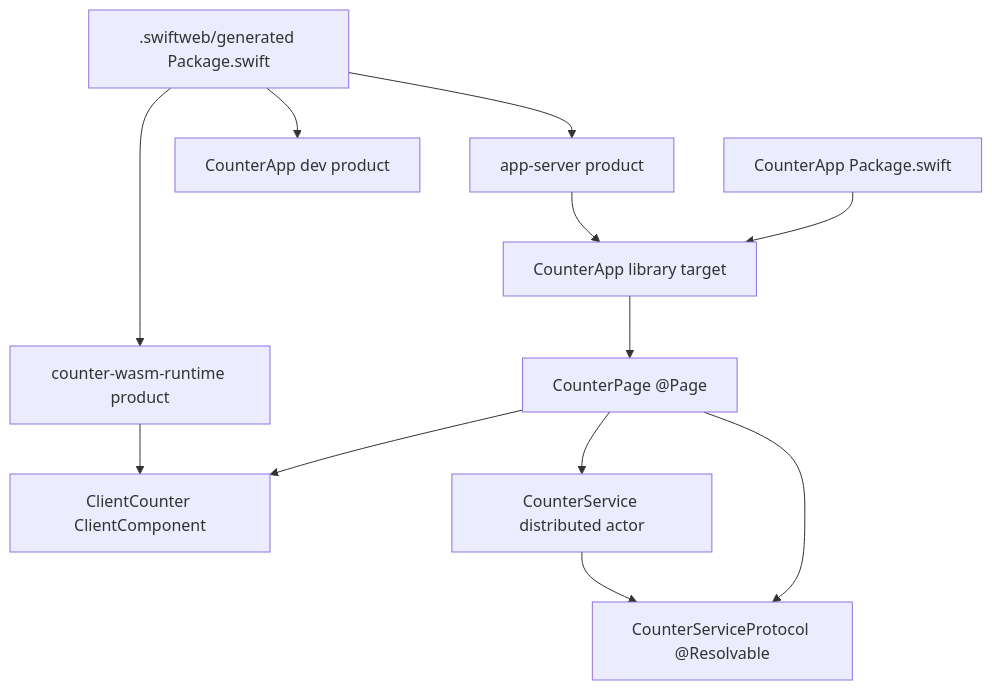
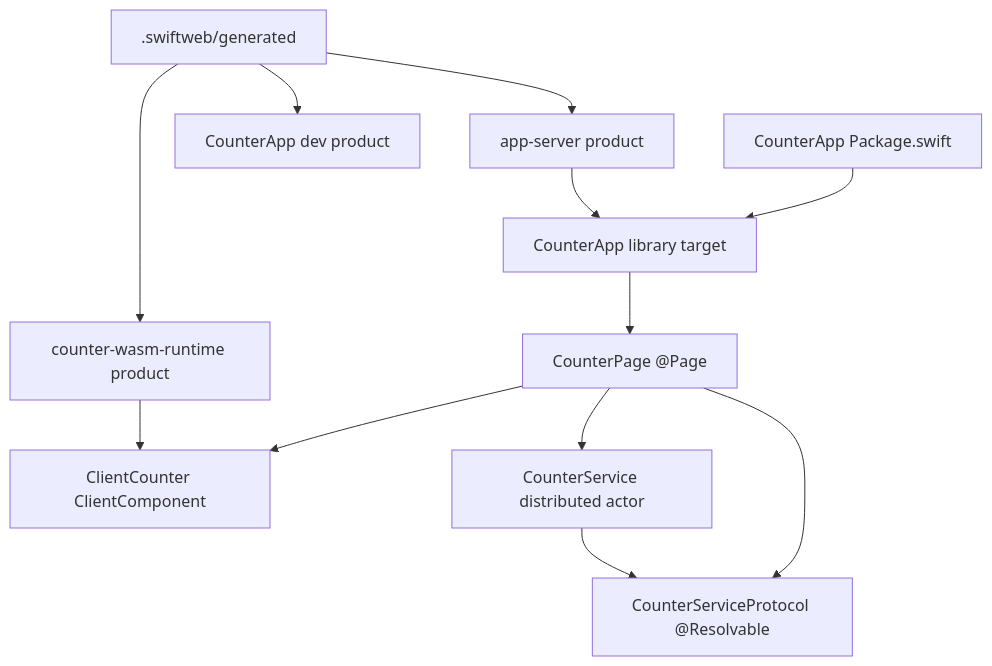
Before and after one commit to 1amageek/swift-web: the first of 3 diagrams in Examples/CounterApp/README.md, drawn with Mermaid. The commit also changed other lines of this file and 24 other files, not shown here.

````diff
--- a/Examples/CounterApp/README.md
+++ b/Examples/CounterApp/README.md
@@ -15,25 +15,25 @@
 ```mermaid
 flowchart TD
   UserPackage["CounterApp Package.swift"]
   AppTarget["CounterApp library target"]
-  GeneratedPackage[".swiftweb/generated Package.swift"]
+  GeneratedPackage[".swiftweb/generated"]
   DevProduct["CounterApp dev product"]
   ServerProduct["app-server product"]
   WasmProduct["counter-wasm-runtime product"]
   Page["CounterPage @Page"]
   Client["ClientCounter ClientComponent"]
   Contract["CounterServiceProtocol @Resolvable"]
   Service["CounterService distributed actor"]
 
   UserPackage --> AppTarget
   AppTarget --> Page
   Page --> Client
   Page --> Contract
   Page --> Service
   Service --> Contract
   GeneratedPackage --> DevProduct
   GeneratedPackage --> ServerProduct
   GeneratedPackage --> WasmProduct
   ServerProduct --> AppTarget
   WasmProduct --> Client
 ```
````
